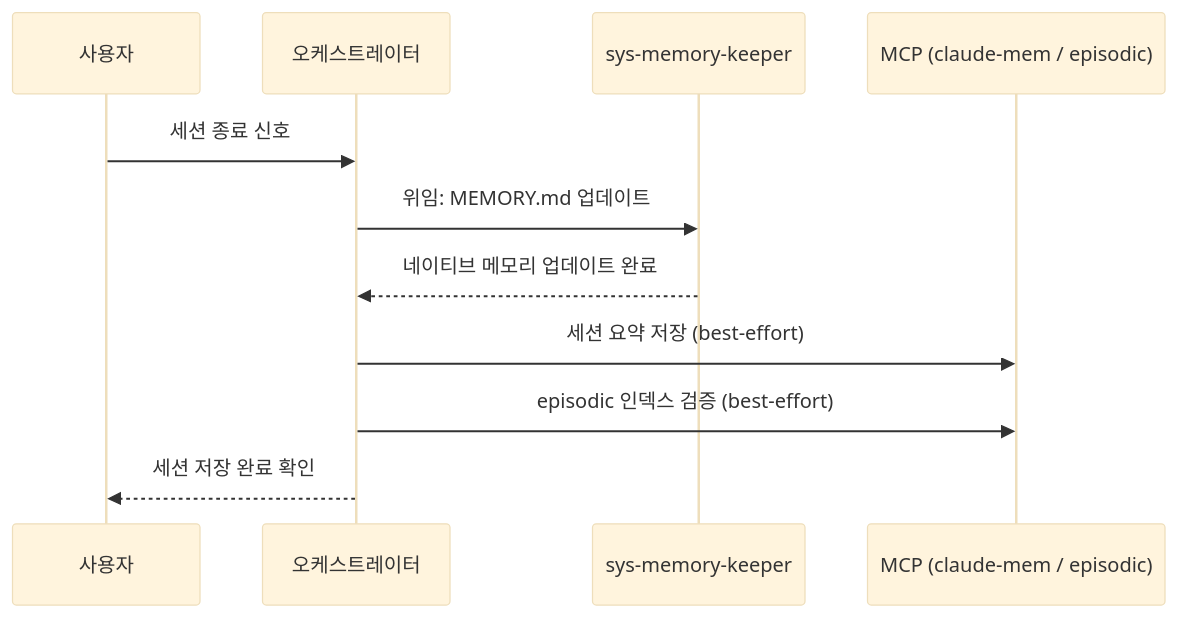
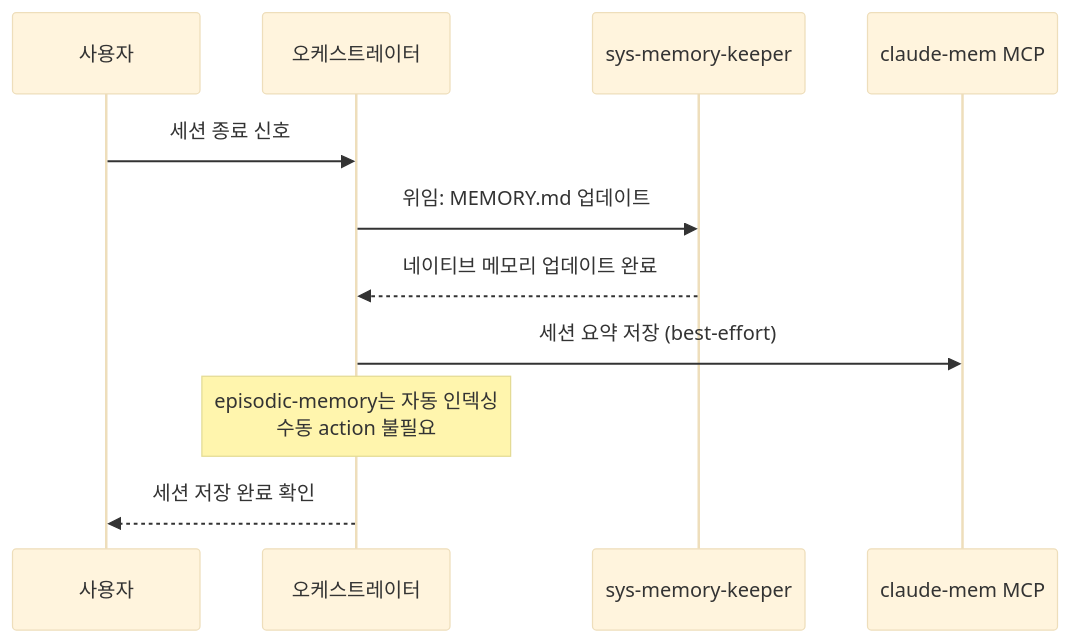
Before and after one commit to baekenough/oh-my-customcode: the sixth of 7 diagrams in ARCHITECTURE_ko.md, drawn with Mermaid (base theme). The commit also changed other lines of this file and 5 other files, not shown here.

First line of the commit message:
docs: rewrite README and ARCHITECTURE for v0.36.1

````diff
--- a/ARCHITECTURE_ko.md
+++ b/ARCHITECTURE_ko.md
@@ -299,14 +356,14 @@
 ```mermaid
 sequenceDiagram
     participant U as 사용자
     participant O as 오케스트레이터
     participant SMK as sys-memory-keeper
-    participant MCP as MCP (claude-mem / episodic)
+    participant CM as claude-mem MCP
 
     U->>O: 세션 종료 신호
     O->>SMK: 위임: MEMORY.md 업데이트
     SMK-->>O: 네이티브 메모리 업데이트 완료
-    O->>MCP: 세션 요약 저장 (best-effort)
-    O->>MCP: episodic 인덱스 검증 (best-effort)
+    O->>CM: 세션 요약 저장 (best-effort)
+    Note over O: episodic-memory는 자동 인덱싱<br/>수동 action 불필요
     O-->>U: 세션 저장 완료 확인
 ```
````
